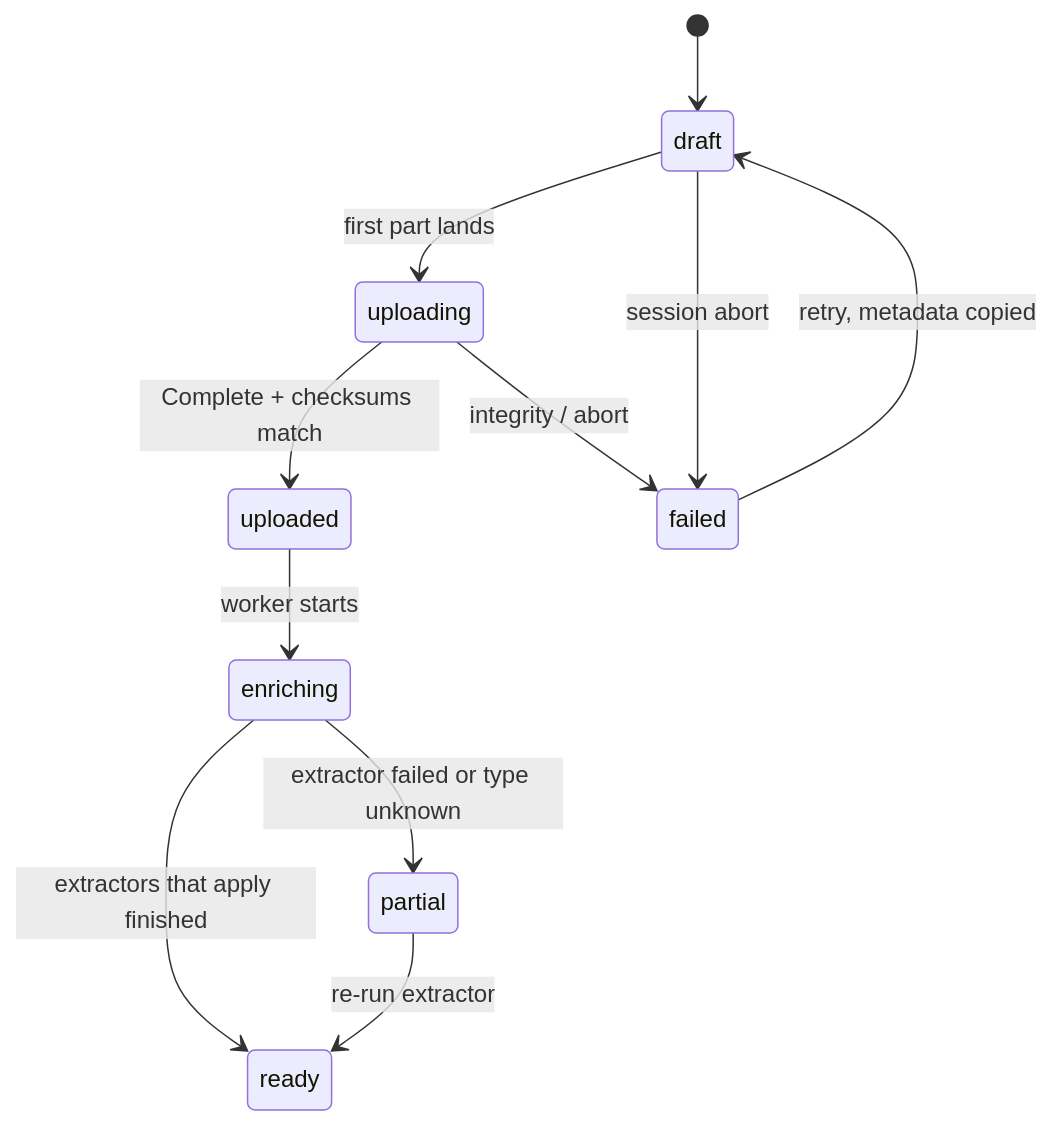
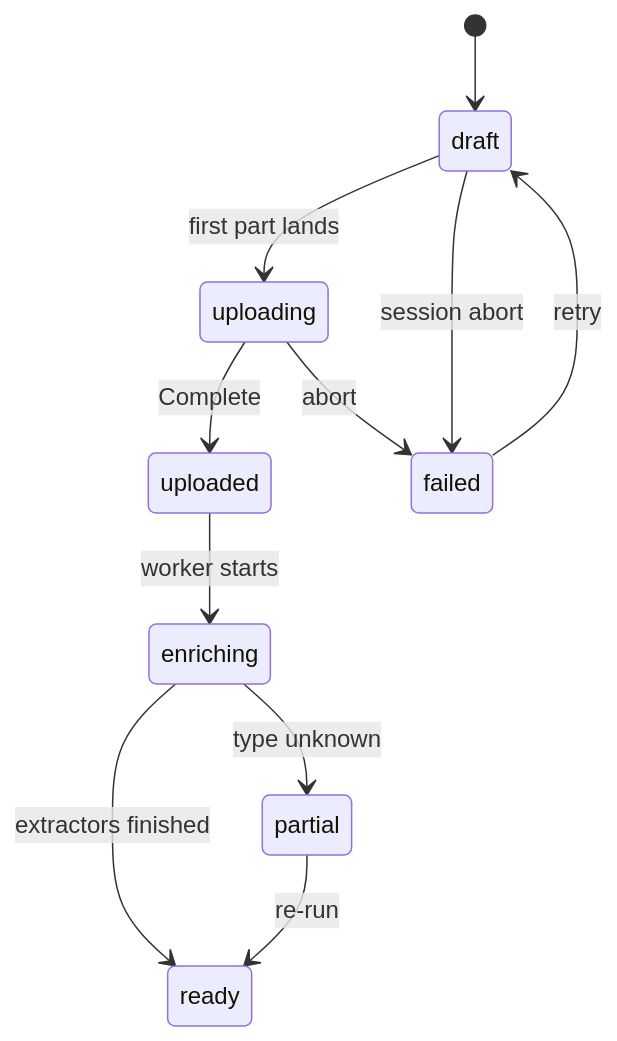
Before and after one commit to ShakedNeeman/exodia: the fourth of 4 diagrams in docs/uml.md, drawn with Mermaid. The commit also changed other lines of this file and 3 other files, not shown here.

First line of the commit message:
Fix mermaid class and state diagrams for current mermaid syntax.

````diff
--- a/docs/uml.md
+++ b/docs/uml.md
@@ -185,13 +185,13 @@
 ```mermaid
 stateDiagram-v2
   [*] --> draft
-  draft --> uploading: first part lands
-  uploading --> uploaded: Complete + checksums match
-  uploading --> failed: integrity / abort
-  draft --> failed: session abort
-  uploaded --> enriching: worker starts
-  enriching --> ready: extractors that apply finished
-  enriching --> partial: extractor failed or type unknown
-  partial --> ready: re-run extractor
-  failed --> draft: retry, metadata copied
+  draft --> uploading : first part lands
+  uploading --> uploaded : Complete
+  uploading --> failed : abort
+  draft --> failed : session abort
+  uploaded --> enriching : worker starts
+  enriching --> ready : extractors finished
+  enriching --> partial : type unknown
+  partial --> ready : re-run
+  failed --> draft : retry
 ```
````
